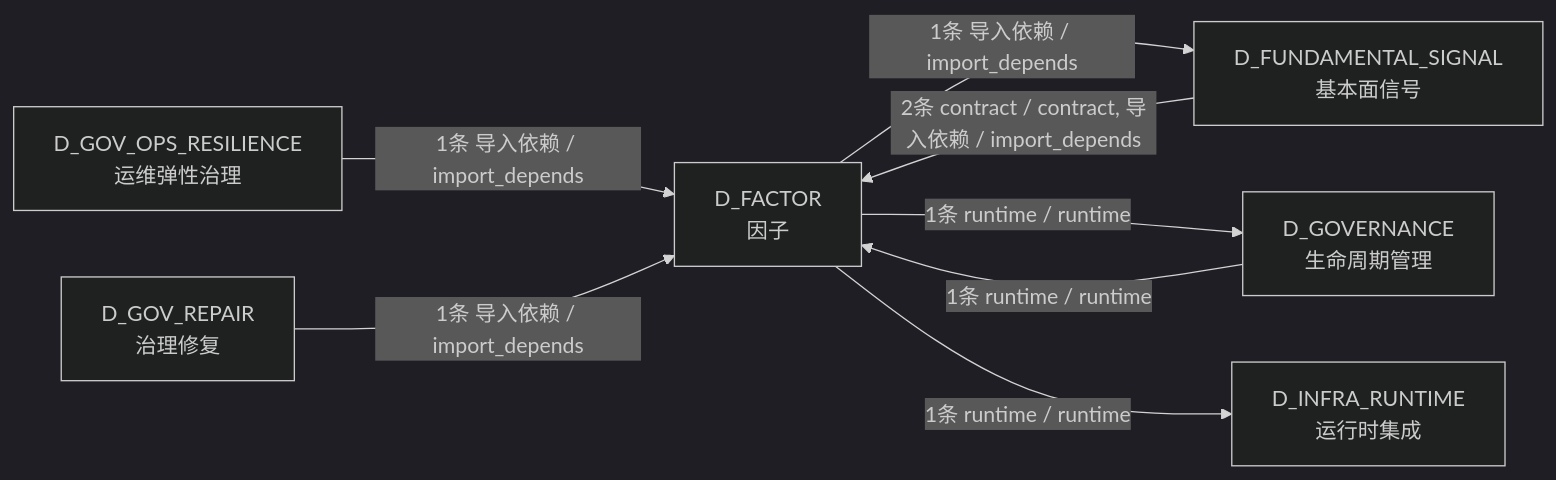
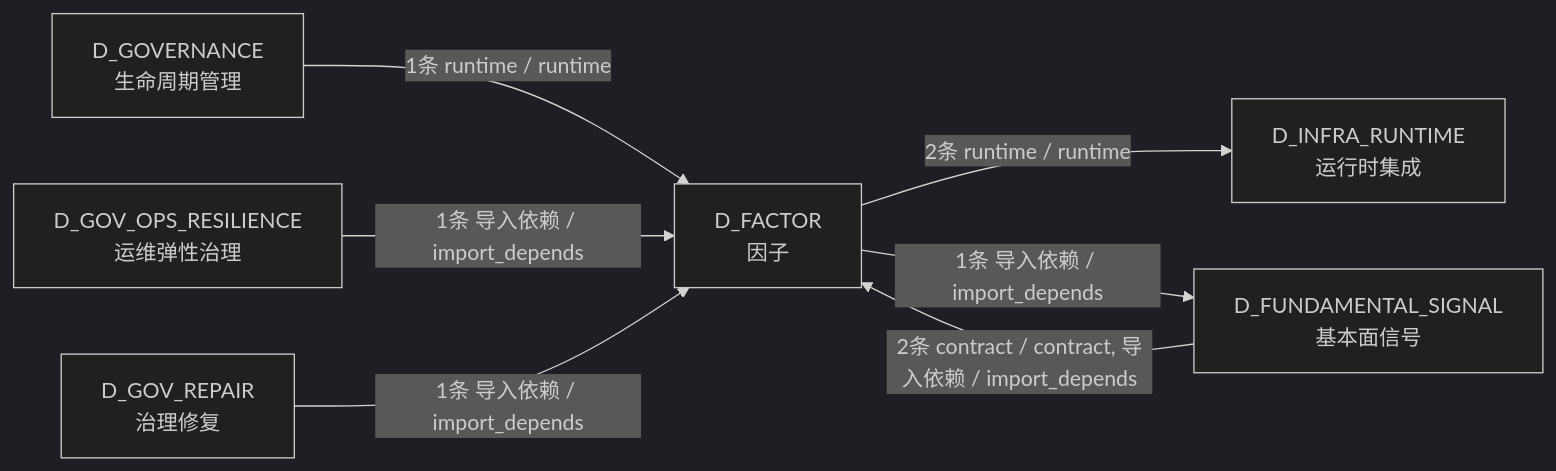
The fourth of 4 diagrams in docs/02_enterprise_architecture/02_domain_architecture_docs/36_d_factor.md (xuanFelixVan/ZephyrAlpha), drawn with Mermaid (dark theme) before and after one commit. The commit also changed other lines of this file and 126 other files, not shown here.

````diff
--- a/docs/02_enterprise_architecture/02_domain_architecture_docs/36_d_factor.md
+++ b/docs/02_enterprise_architecture/02_domain_architecture_docs/36_d_factor.md
@@ -207,16 +207,15 @@
 ```mermaid
 graph LR
     D_FACTOR["D_FACTOR<br/>因子"]
+    D_INFRA_RUNTIME["D_INFRA_RUNTIME<br/>运行时集成"]
     D_FUNDAMENTAL_SIGNAL["D_FUNDAMENTAL_SIGNAL<br/>基本面信号"]
     D_GOVERNANCE["D_GOVERNANCE<br/>生命周期管理"]
-    D_INFRA_RUNTIME["D_INFRA_RUNTIME<br/>运行时集成"]
     D_GOV_OPS_RESILIENCE["D_GOV_OPS_RESILIENCE<br/>运维弹性治理"]
     D_GOV_REPAIR["D_GOV_REPAIR<br/>治理修复"]
+    D_FACTOR -->|2条 runtime / runtime| D_INFRA_RUNTIME
     D_FACTOR -->|1条 导入依赖 / import_depends| D_FUNDAMENTAL_SIGNAL
-    D_FACTOR -->|1条 runtime / runtime| D_GOVERNANCE
-    D_FACTOR -->|1条 runtime / runtime| D_INFRA_RUNTIME
     D_FUNDAMENTAL_SIGNAL -->|2条 contract / contract, 导入依赖 / import_depends| D_FACTOR
     D_GOVERNANCE -->|1条 runtime / runtime| D_FACTOR
     D_GOV_OPS_RESILIENCE -->|1条 导入依赖 / import_depends| D_FACTOR
     D_GOV_REPAIR -->|1条 导入依赖 / import_depends| D_FACTOR
 ```
````
